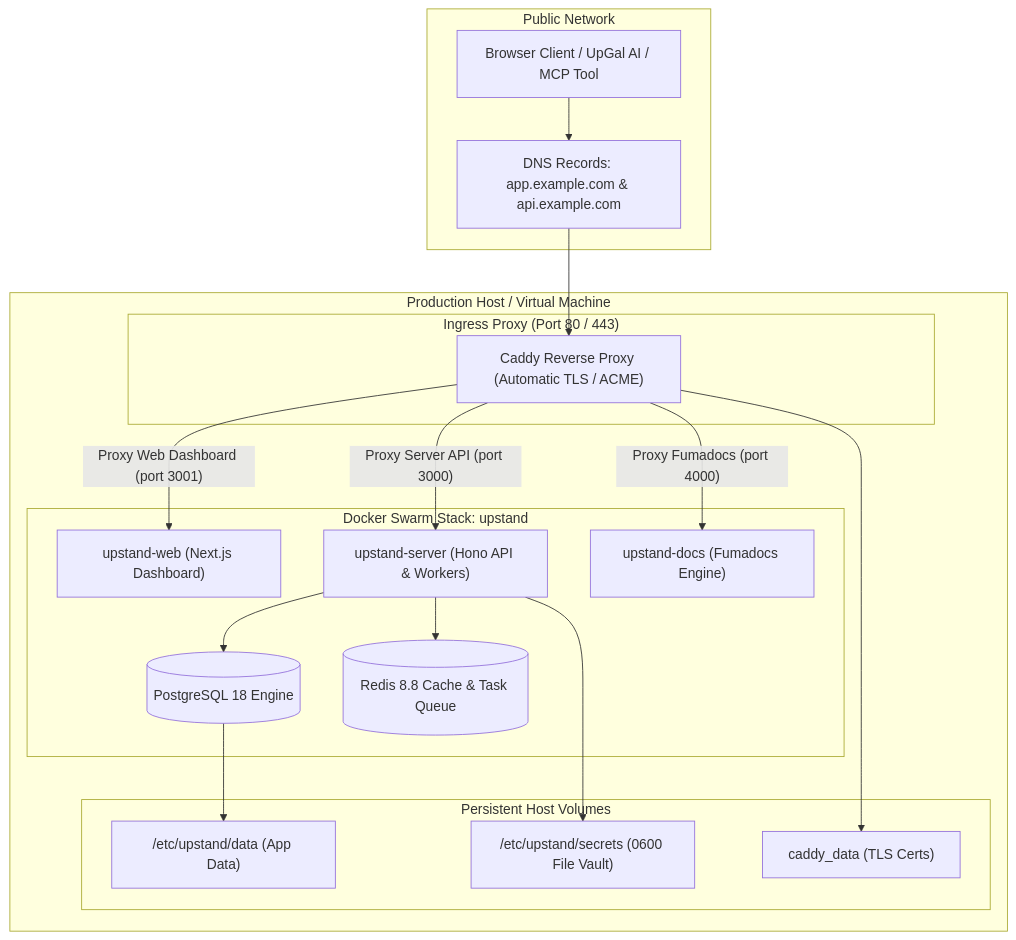
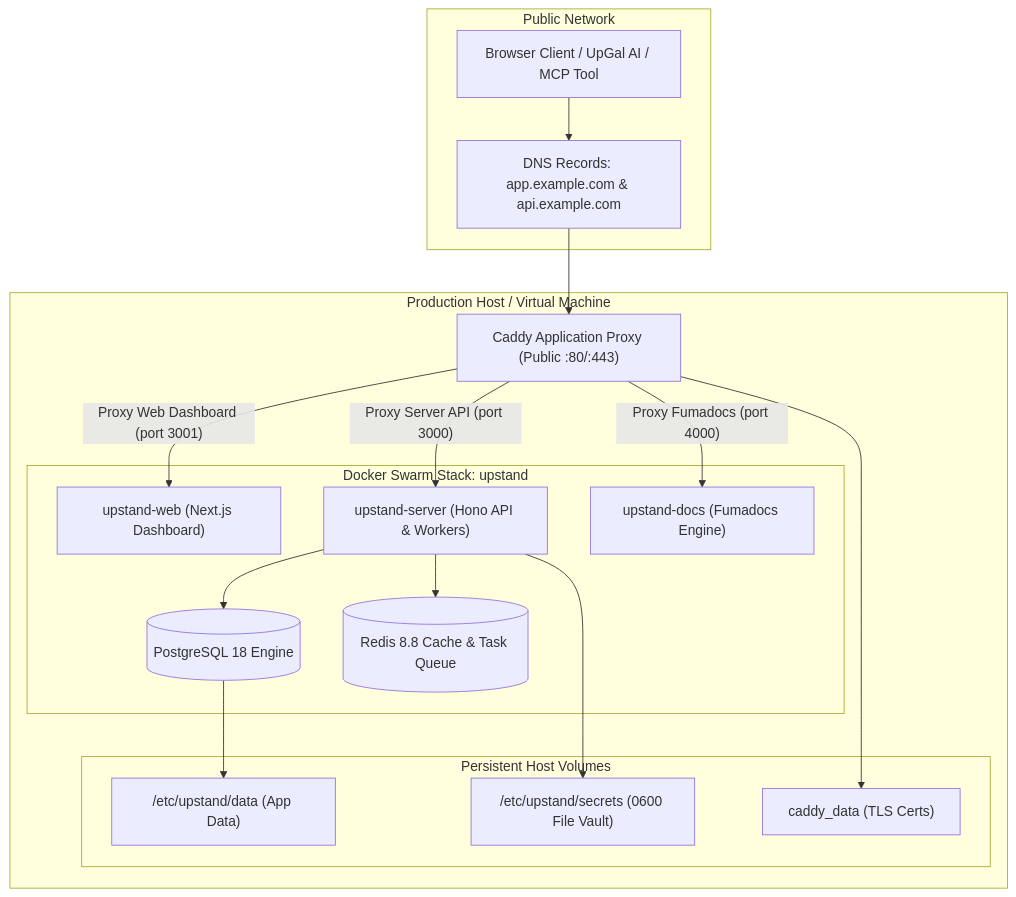
One commit to UpstandPlatform/upstand changed the diagram in apps/fumadocs/content/docs/getting-started/self-hosting.mdx. Above: the diagram before and after it, drawn with Mermaid. The commit also changed other lines of this file and 942 other files, not shown here.

````diff
--- a/apps/fumadocs/content/docs/getting-started/self-hosting.mdx
+++ b/apps/fumadocs/content/docs/getting-started/self-hosting.mdx
@@ -14,38 +14,36 @@
 ```mermaid
 graph TD
     subgraph Internet["Public Network"]
         Client["Browser Client / UpGal AI / MCP Tool"]
         DNS["DNS Records: app.example.com & api.example.com"]
     end
 
     subgraph Host["Production Host / Virtual Machine"]
-        subgraph IngressLayer["Ingress Proxy (Port 80 / 443)"]
-            Caddy["Caddy Reverse Proxy (Automatic TLS / ACME)"]
-        end
+        Caddy["Caddy Application Proxy (Public :80/:443)"]
 
         subgraph SwarmCluster["Docker Swarm Stack: upstand"]
             WebUI["upstand-web (Next.js Dashboard)"]
             ServerAPI["upstand-server (Hono API & Workers)"]
             Fumadocs["upstand-docs (Fumadocs Engine)"]
             DB[(PostgreSQL 18 Engine)]
             Cache[(Redis 8.8 Cache & Task Queue)]
         end
 
         subgraph StorageLayer["Persistent Host Volumes"]
             VolData["/etc/upstand/data (App Data)"]
             VolSecrets["/etc/upstand/secrets (0600 File Vault)"]
             VolCaddy["caddy_data (TLS Certs)"]
         end
     end
 
     Client --> DNS
     DNS --> Caddy
     Caddy -->|"Proxy Server API (port 3000)"| ServerAPI
     Caddy -->|"Proxy Web Dashboard (port 3001)"| WebUI
     Caddy -->|"Proxy Fumadocs (port 4000)"| Fumadocs
     ServerAPI --> DB
     ServerAPI --> Cache
     DB --> VolData
     ServerAPI --> VolSecrets
-    Caddy --> VolCaddy
+            Caddy --> VolCaddy
 ```
````
